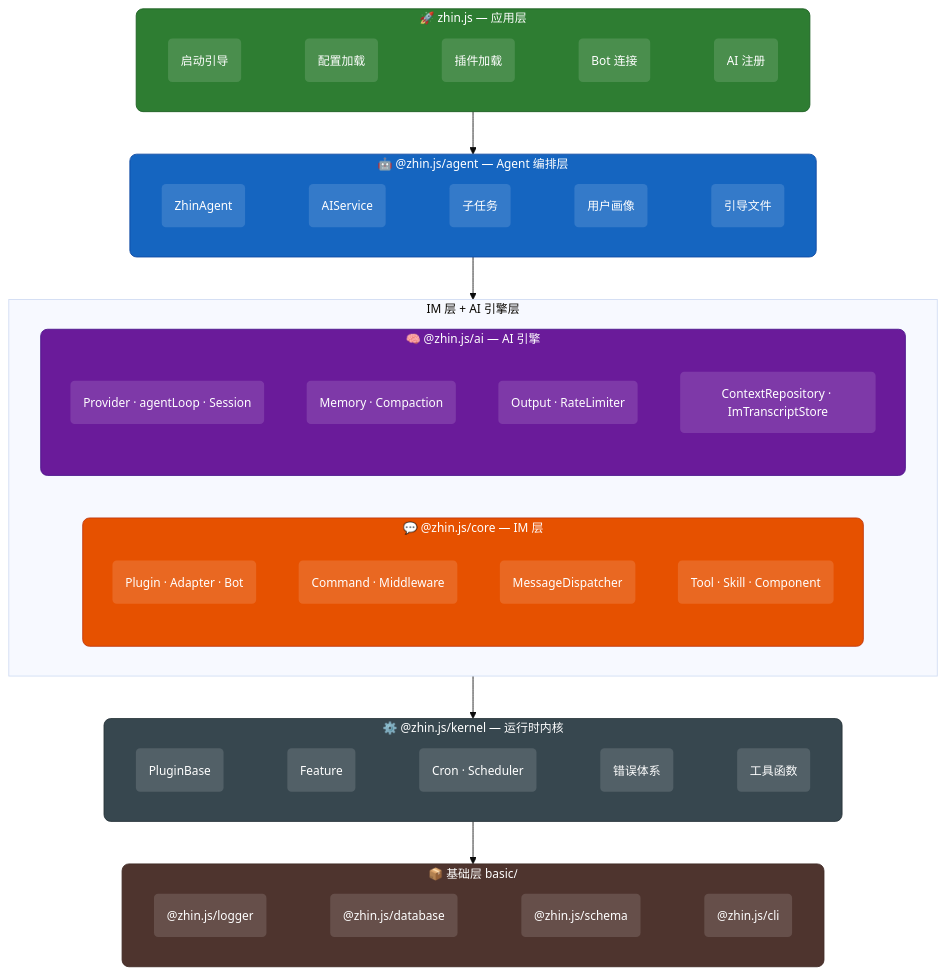
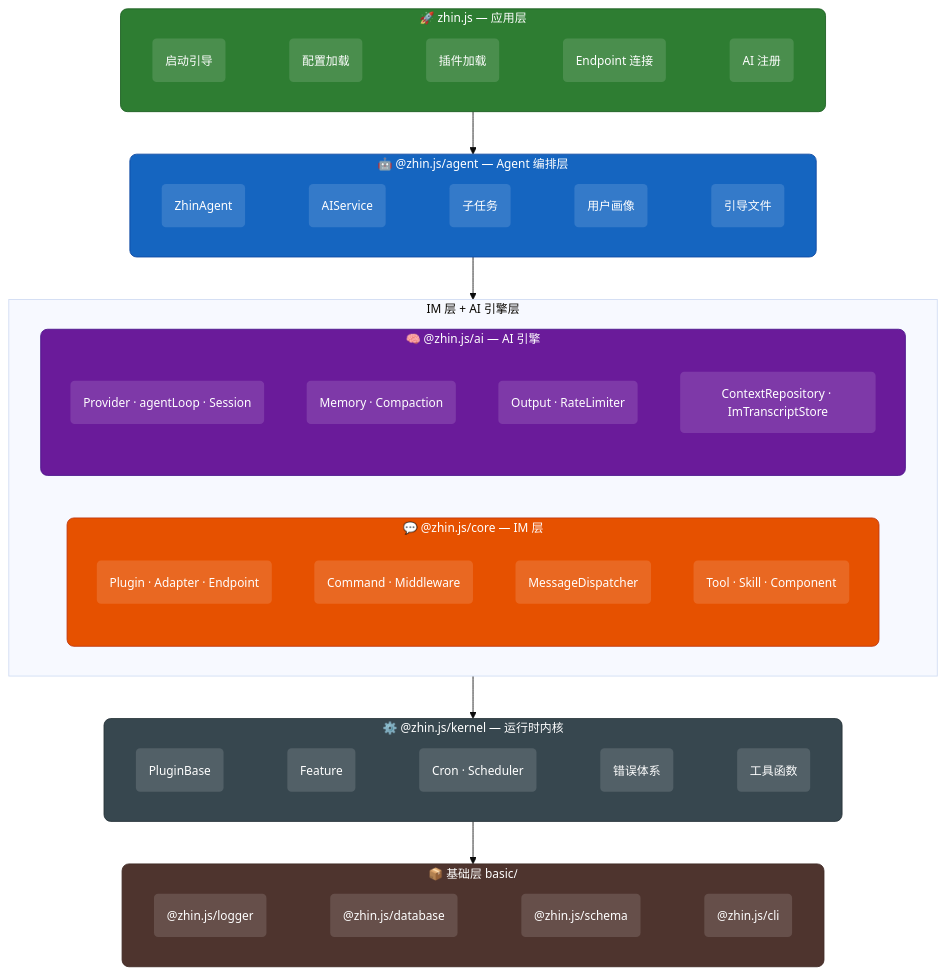
Before and after one commit to zhinjs/zhin: the first of 4 diagrams in docs/architecture-overview.md, drawn with Mermaid. The commit also changed other lines of this file and 629 other files, not shown here.

First line of the commit message:
refactor: update terminology from Bot to Endpoint across documentation and codebase

````diff
--- a/docs/architecture-overview.md
+++ b/docs/architecture-overview.md
@@ -7,62 +7,62 @@
 ```mermaid
 %%{init: {'theme': 'base', 'themeVariables': { 'fontSize': '14px' }}}%%
 graph TB
   subgraph L5["🚀 zhin.js — 应用层"]
     direction LR
-    L5A("启动引导") ~~~ L5B("配置加载") ~~~ L5C("插件加载") ~~~ L5D("Bot 连接") ~~~ L5E("AI 注册")
+    L5A("启动引导") ~~~ L5B("配置加载") ~~~ L5C("插件加载") ~~~ L5D("Endpoint 连接") ~~~ L5E("AI 注册")
   end
 
   subgraph L4["🤖 @zhin.js/agent — Agent 编排层"]
     direction LR
     L4A("ZhinAgent") ~~~ L4B("AIService") ~~~ L4C("子任务") ~~~ L4D("用户画像") ~~~ L4E("引导文件")
   end
 
   subgraph L3["IM 层 + AI 引擎层"]
     direction LR
     subgraph L3A["💬 @zhin.js/core — IM 层"]
       direction TB
-      C1("Plugin · Adapter · Bot")
+      C1("Plugin · Adapter · Endpoint")
       C2("Command · Middleware")
       C3("MessageDispatcher")
       C4("Tool · Skill · Component")
     end
     subgraph L3B["🧠 @zhin.js/ai — AI 引擎"]
       direction TB
       A1("Provider · agentLoop · Session")
       A2("Memory · Compaction")
       A3("Output · RateLimiter")
       A4("ContextRepository · ImTranscriptStore")
     end
   end
 
   subgraph L2["⚙️ @zhin.js/kernel — 运行时内核"]
     direction LR
     L2A("PluginBase") ~~~ L2B("Feature") ~~~ L2C("Cron · Scheduler") ~~~ L2D("错误体系") ~~~ L2E("工具函数")
   end
 
   subgraph L1["📦 基础层 basic/"]
     direction LR
     L1A("@zhin.js/logger") ~~~ L1B("@zhin.js/database") ~~~ L1C("@zhin.js/schema") ~~~ L1D("@zhin.js/cli")
   end
 
   L5 --> L4
   L4 --> L3
   L3 --> L2
   L2 --> L1
 
   classDef appLayer fill:#2e7d32,stroke:#1b5e20,color:#fff,rx:8
   classDef agentLayer fill:#1565c0,stroke:#0d47a1,color:#fff,rx:8
   classDef coreLayer fill:#e65100,stroke:#bf360c,color:#fff,rx:8
   classDef aiLayer fill:#6a1b9a,stroke:#4a148c,color:#fff,rx:8
   classDef kernelLayer fill:#37474f,stroke:#263238,color:#fff,rx:8
   classDef basicLayer fill:#4e342e,stroke:#3e2723,color:#fff,rx:8
   classDef nodeStyle fill:#ffffff22,stroke:none,color:#fff
 
   class L5 appLayer
   class L4 agentLayer
   class L3A coreLayer
   class L3B aiLayer
   class L2 kernelLayer
   class L1 basicLayer
   class L5A,L5B,L5C,L5D,L5E,L4A,L4B,L4C,L4D,L4E,L2A,L2B,L2C,L2D,L2E,L1A,L1B,L1C,L1D,C1,C2,C3,C4,A1,A2,A3,A4 nodeStyle
 ```
````
